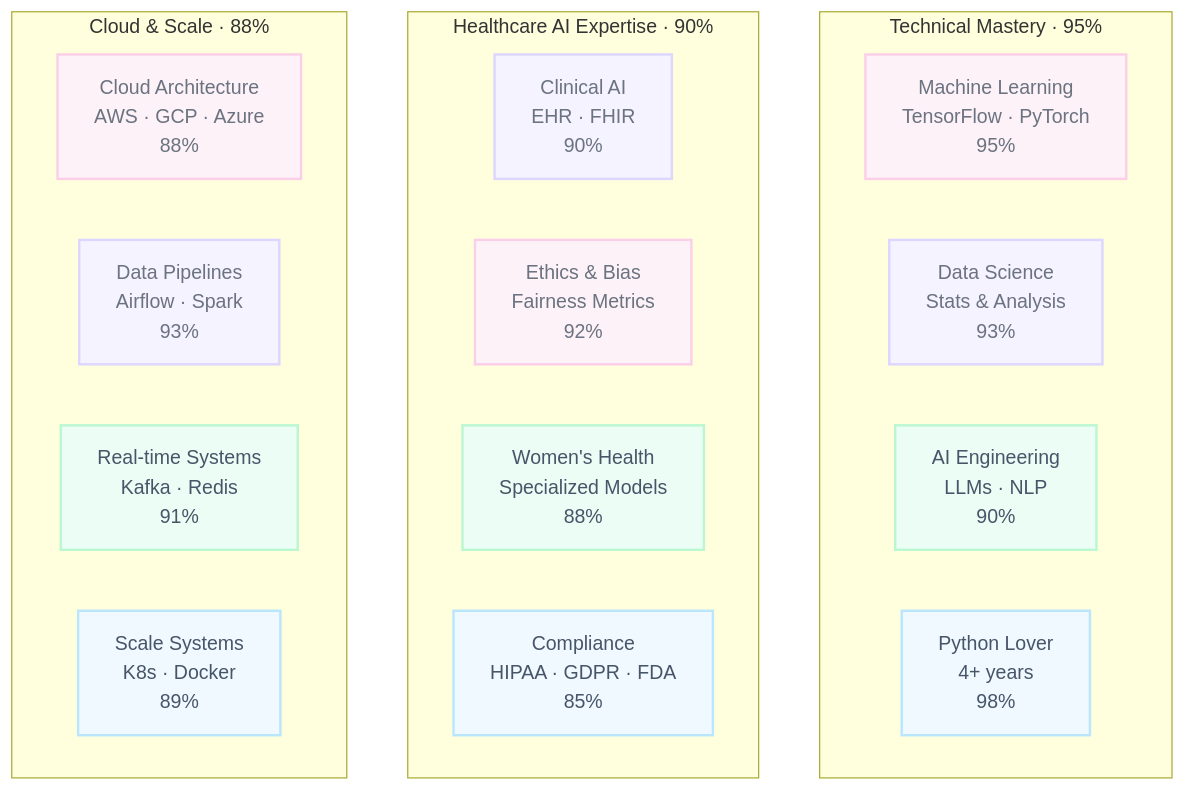
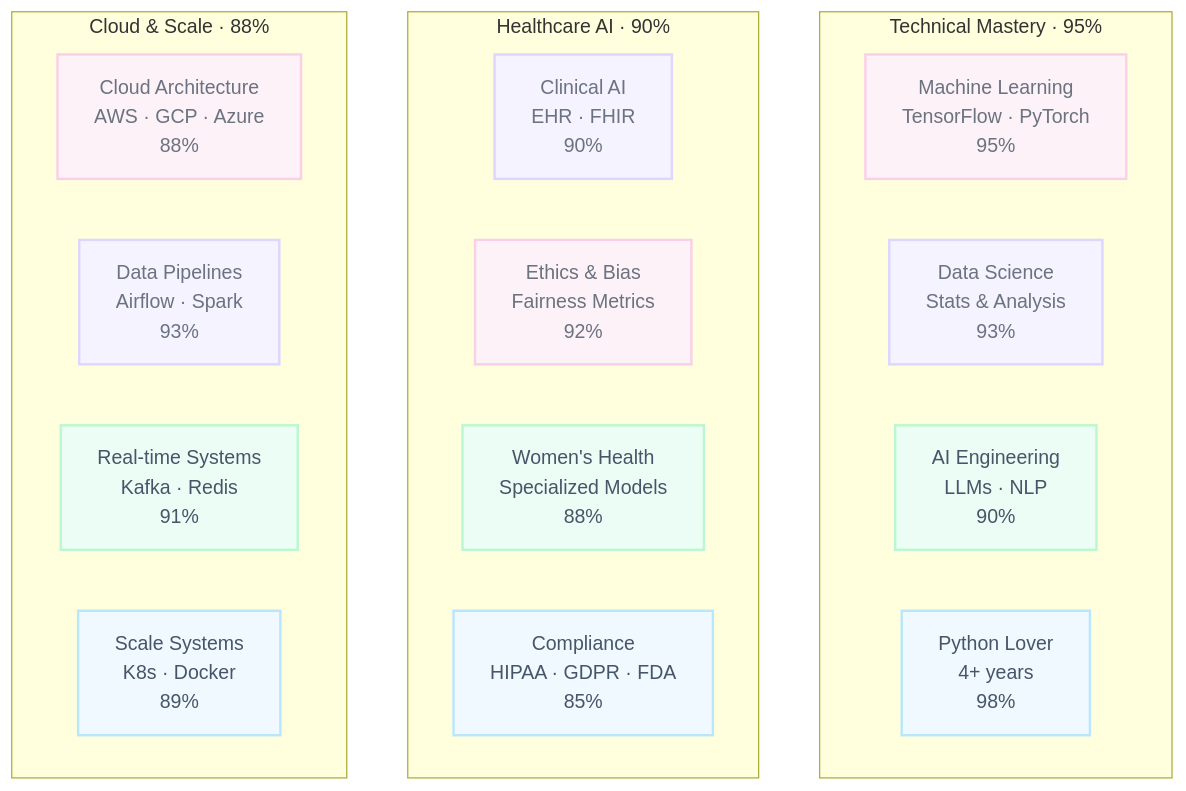
The fifth of 8 diagrams in README.md (Cazzy-Aporbo/Cazzy-Aporbo), drawn with Mermaid before and after one commit. The commit also changed other lines of this file, not shown here.

````diff
--- a/README.md
+++ b/README.md
@@ -414,52 +414,52 @@
 ```mermaid
 %%{init: {'theme':'base',
   'flowchart': {'curve':'basis'},
   'themeVariables': {
     'fontSize':'14px',
     'textColor':'#64748B',          /* slate-500 */
     'lineColor':'#E9D5FF',          /* violet-200 */
     'background':'#FFFAFE',         /* blush-50 */
     'mainBkg':'#FFFFFF',
     'primaryColor':'#FDF2F8',       /* pink-100 */
     'primaryBorderColor':'#E9D5FF', /* violet-200 */
     'tertiaryColor':'#ECFEFF',      /* cyan-50 */
     'clusterBkg':'#FAF5FF',         /* fuchsia-50 */
     'clusterBorder':'#E9D5FF',
     'radius':12
 }}}%%
 graph TB
 
 %% pastel classes (mismatched, all very light)
 classDef pink  fill:#FDF2F8,stroke:#FBCFE8,stroke-width:2px,color:#6B7280;
 classDef lilac fill:#F5F3FF,stroke:#DDD6FE,stroke-width:2px,color:#6B7280;
 classDef mint  fill:#ECFDF5,stroke:#BBF7D0,stroke-width:2px,color:#475569;
 classDef sky   fill:#F0F9FF,stroke:#BAE6FD,stroke-width:2px,color:#475569;
 
 subgraph "Technical Mastery · 95%"
   ML[Machine Learning<br/>TensorFlow · PyTorch<br/>95%]
   DS[Data Science<br/>Stats & Analysis<br/>93%]
   AI[AI Engineering<br/>LLMs · NLP<br/>90%]
   PY[Python Lover<br/>4+ years<br/>98%]
 end
 
-subgraph "Healthcare AI Expertise · 90%"
+subgraph "Healthcare AI · 90%"
   HC[Clinical AI<br/>EHR · FHIR<br/>90%]
   ET[Ethics & Bias<br/>Fairness Metrics<br/>92%]
   WH[Women's Health<br/>Specialized Models<br/>88%]
   CO[Compliance<br/>HIPAA · GDPR · FDA<br/>85%]
 end
 
 subgraph "Cloud & Scale · 88%"
   CL[Cloud Architecture<br/>AWS · GCP · Azure<br/>88%]
   DP[Data Pipelines<br/>Airflow · Spark<br/>93%]
   RT[Real-time Systems<br/>Kafka · Redis<br/>91%]
   SC[Scale Systems<br/>K8s · Docker<br/>89%]
 end
 
 %% assign cute mismatched pastels
 class ML,ET,CL pink
 class DS,HC,DP lilac
 class AI,WH,RT mint
 class PY,CO,SC sky
 
 ```
````
